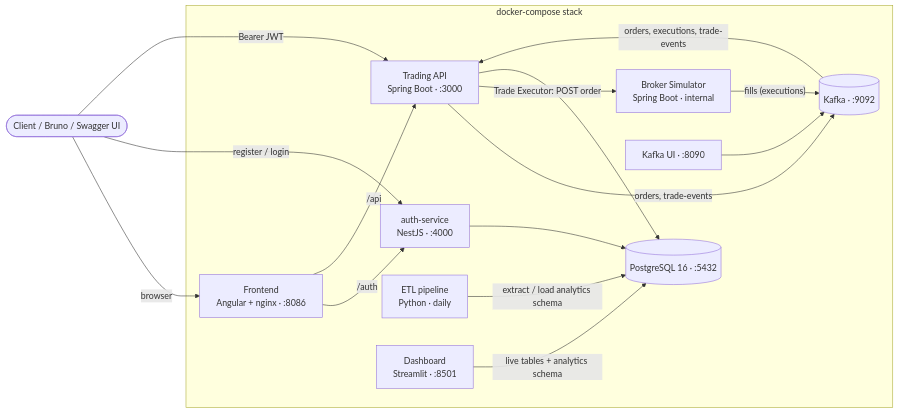
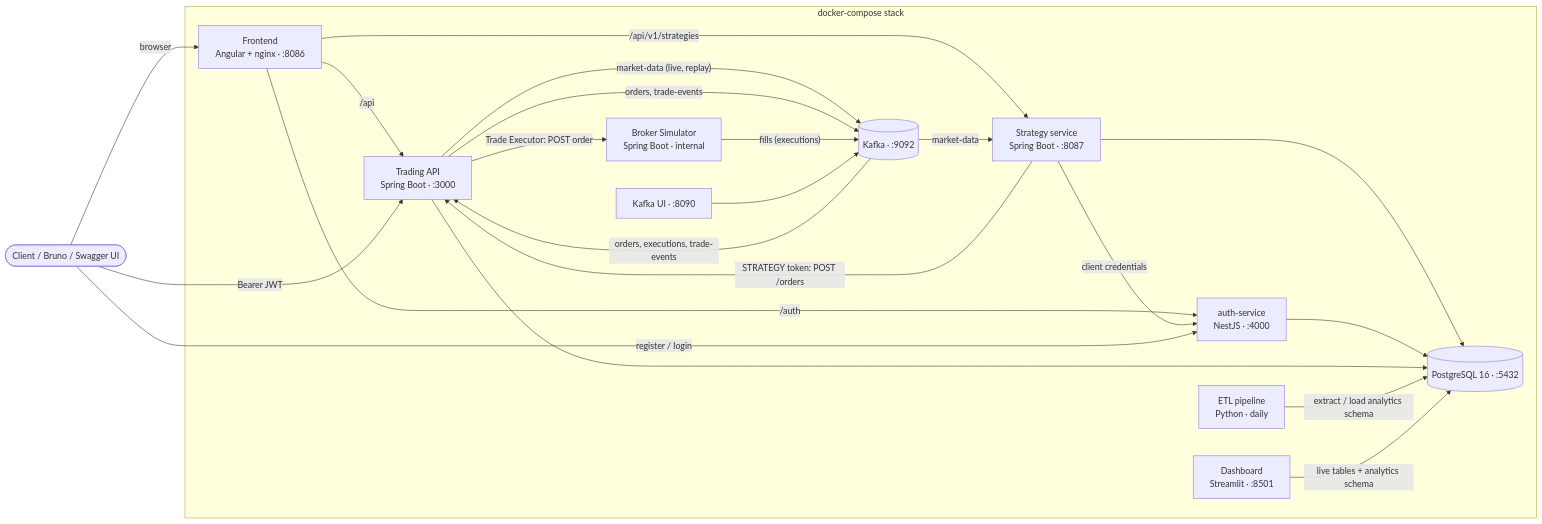
The diagram in README.md (NathanCarr10/TNS-Capital), drawn with Mermaid before and after one commit. The commit also changed other lines of this file and 12 other files, not shown here.

First line of the commit message:
docs: Strategy Lab decision log, OWASP review, README, diagrams, Bruno

````diff
--- a/README.md
+++ b/README.md
@@ -29,31 +30,38 @@
 ```mermaid
 flowchart LR
     client([Client / Bruno / Swagger UI])
 
     subgraph stack[docker-compose stack]
         web[Frontend<br/>Angular + nginx · :8086]
         auth[auth-service<br/>NestJS · :4000]
         app[Trading API<br/>Spring Boot · :3000]
         broker[Broker Simulator<br/>Spring Boot · internal]
+        strat[Strategy service<br/>Spring Boot · :8087]
         kafka[(Kafka · :9092)]
         pg[(PostgreSQL 16 · :5432)]
         etl[ETL pipeline<br/>Python · daily]
         dash[Dashboard<br/>Streamlit · :8501]
         ui[Kafka UI · :8090]
     end
 
     client -- "browser" --> web
     web -- "/auth" --> auth
     web -- "/api" --> app
+    web -- "/api/v1/strategies" --> strat
+    app -- "market-data (live, replay)" --> kafka
+    kafka -- "market-data" --> strat
+    strat -- "STRATEGY token: POST /orders" --> app
+    strat -- "client credentials" --> auth
+    strat --> pg
     client -- "register / login" --> auth
     client -- "Bearer JWT" --> app
     auth --> pg
     app -- "orders, trade-events" --> kafka
     kafka -- "orders, executions, trade-events" --> app
     app -- "Trade Executor: POST order" --> broker
     broker -- "fills (executions)" --> kafka
     app --> pg
     etl -- "extract / load analytics schema" --> pg
     dash -- "live tables + analytics schema" --> pg
     ui --> kafka
 ```
````
